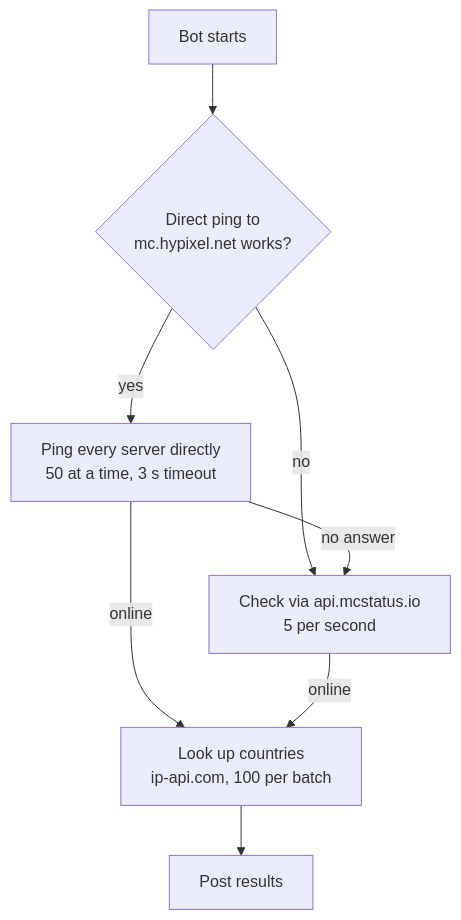
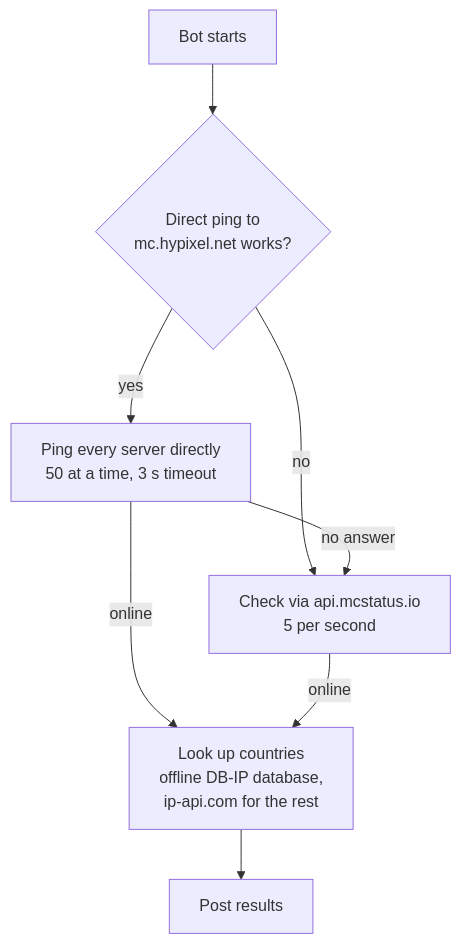
The diagram in README.md (TheDyXer/scanbot), drawn with Mermaid before and after one commit. The commit also changed other lines of this file and 6 other files, not shown here.

First line of the commit message:
Offline country flags from DB-IP Lite, ip-api.com only as fallback

````diff
--- a/README.md
+++ b/README.md
@@ -235,10 +235,10 @@
 ```mermaid
 flowchart TD
     A[Bot starts] --> B{Direct ping to<br/>mc.hypixel.net works?}
     B -- yes --> C[Ping every server directly<br/>50 at a time, 3 s timeout]
     B -- no --> D[Check via api.mcstatus.io<br/>5 per second]
     C -- no answer --> D
-    C -- online --> E[Look up countries<br/>ip-api.com, 100 per batch]
+    C -- online --> E[Look up countries<br/>offline DB-IP database,<br/>ip-api.com for the rest]
     D -- online --> E
     E --> F[Post results]
 ```
````
